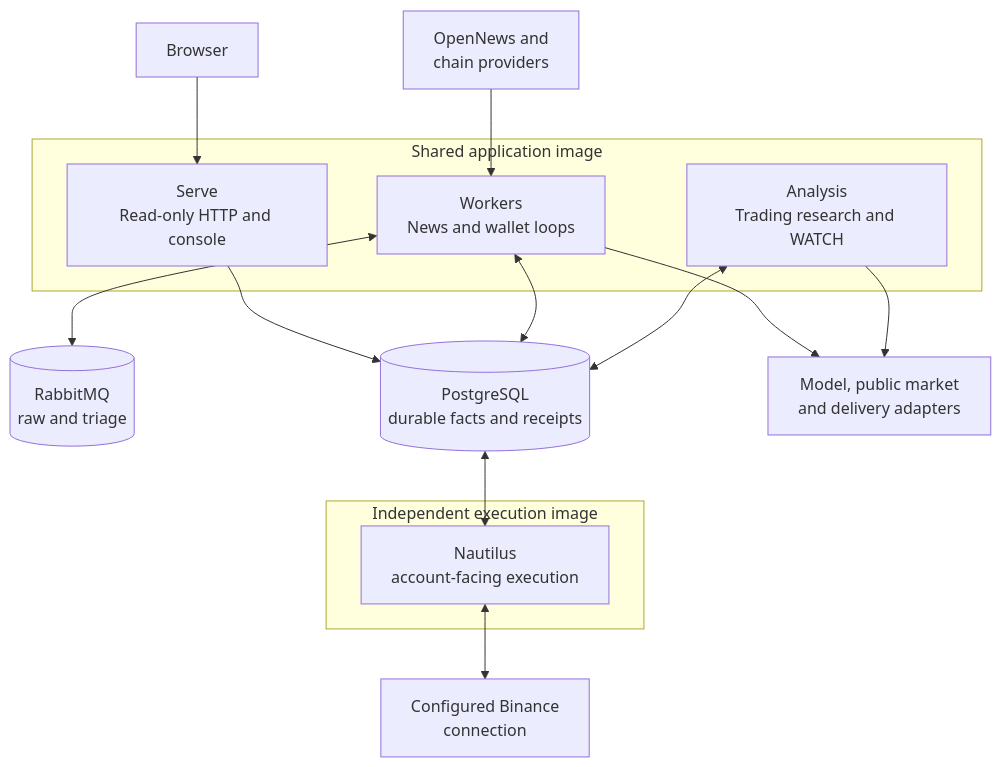
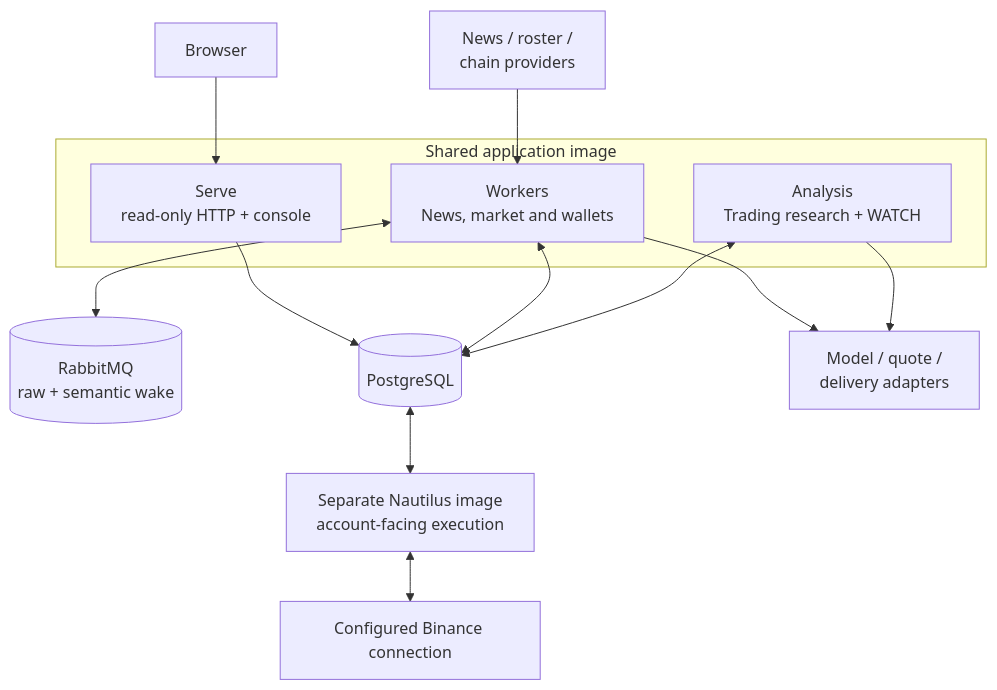
The first of 4 diagrams in docs/ARCHITECTURE.md (AnalyThothAI/tracefold), drawn with Mermaid before and after one commit. The commit also changed other lines of this file and 61 other files, not shown here.

````diff
--- a/docs/ARCHITECTURE.md
+++ b/docs/ARCHITECTURE.md
@@ -10,21 +13,18 @@
 ```mermaid
 flowchart TB
     Browser["Browser"] --> Serve
-    Inputs["OpenNews and<br/>chain providers"] --> Workers
-    subgraph AppImage["Shared application image"]
-        Serve["Serve<br/>Read-only HTTP and console"]
-        Workers["Workers<br/>News and wallet loops"]
-        Analysis["Analysis<br/>Trading research and WATCH"]
+    Providers["News / roster /<br/>chain providers"] --> Workers
+    subgraph Application["Shared application image"]
+        Serve["Serve<br/>read-only HTTP + console"]
+        Workers["Workers<br/>News, market and wallets"]
+        Analysis["Analysis<br/>Trading research + WATCH"]
     end
-    Workers <--> Broker[("RabbitMQ<br/>raw and triage")]
-    Serve --> DB[("PostgreSQL<br/>durable facts and receipts")]
+    Workers <--> Broker[("RabbitMQ<br/>raw + semantic wake")]
+    Serve --> DB[("PostgreSQL")]
     Workers <--> DB
     Analysis <--> DB
-    Workers --> APIs["Model, public market<br/>and delivery adapters"]
-    Analysis --> APIs
-    subgraph RuntimeImage["Independent execution image"]
-        Runtime["Nautilus<br/>account-facing execution"]
-    end
-    DB <--> Runtime
-    Runtime <--> Venue["Configured Binance<br/>connection"]
+    Workers --> External["Model / quote /<br/>delivery adapters"]
+    Analysis --> External
+    DB <--> Runtime["Separate Nautilus image<br/>account-facing execution"]
+    Runtime <--> Venue["Configured Binance connection"]
 ```
````
